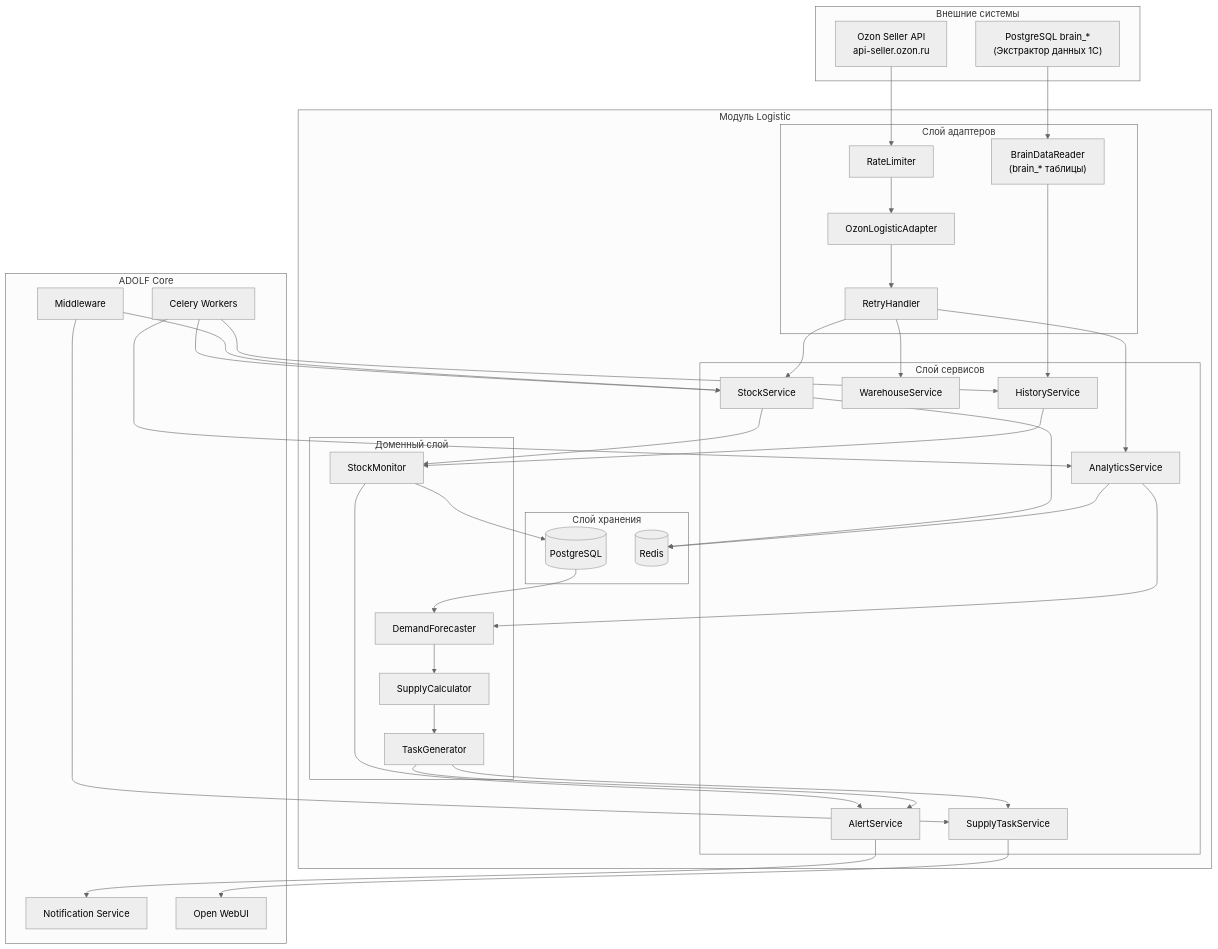
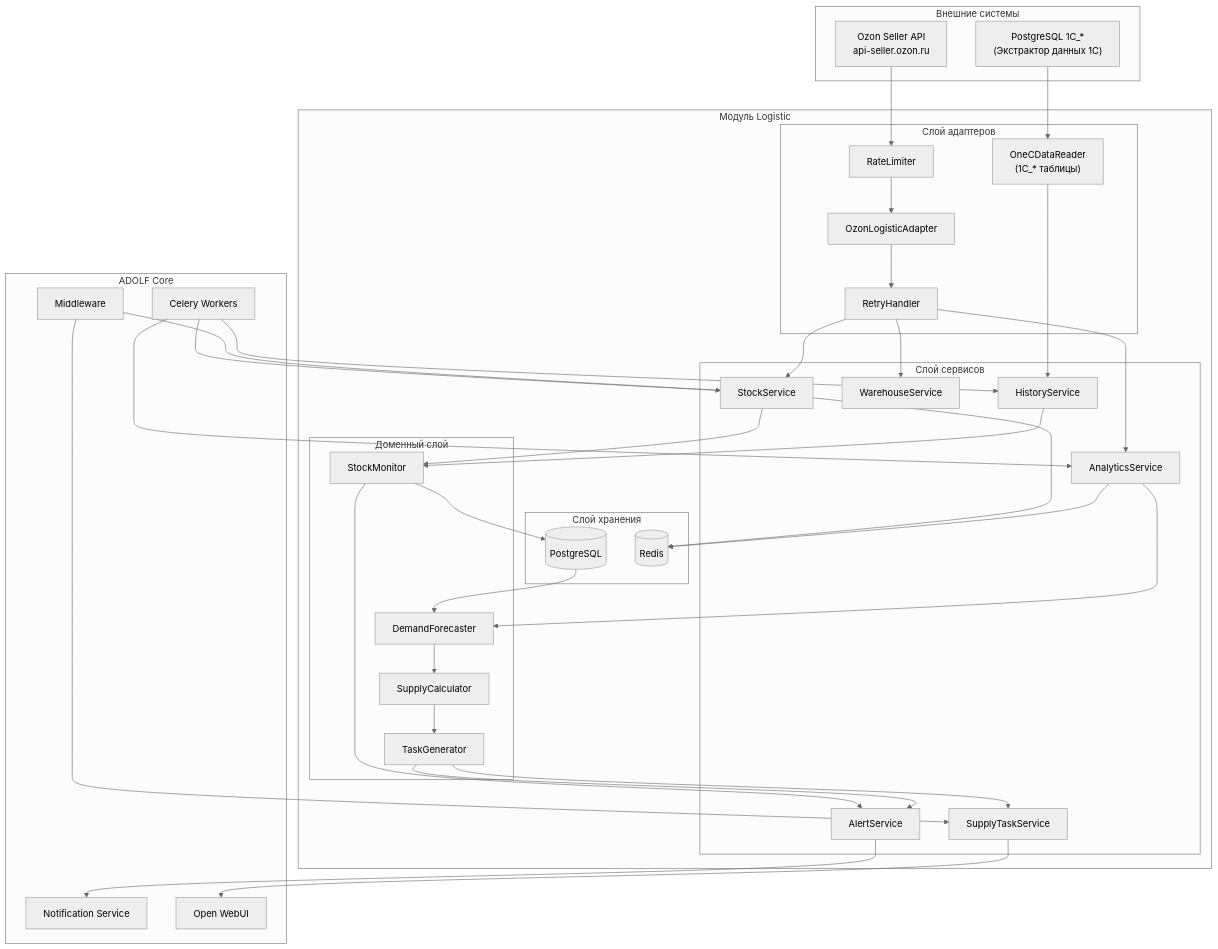
Before and after one commit to Sign25/Docs: the first of 11 diagrams in logistic/adolf_logistic_1_architecture.md, drawn with Mermaid (neutral theme). The commit also changed other lines of this file, not shown here.

Commit message:
refactor(logistic): rename brain_* -> 1C_*, update A1 links to 1cexport

````diff
--- a/logistic/adolf_logistic_1_architecture.md
+++ b/logistic/adolf_logistic_1_architecture.md
@@ -29,72 +29,72 @@
 ```mermaid
 graph TB
     subgraph EXTERNAL["Внешние системы"]
         OZON_API["Ozon Seller API<br/>api-seller.ozon.ru"]
-        BRAIN_DB["PostgreSQL brain_*<br/>(Экстрактор данных 1С)"]
+        ONEC_DB["PostgreSQL 1C_*<br/>(Экстрактор данных 1С)"]
     end
     
     subgraph LOGISTIC["Модуль Logistic"]
         subgraph ADAPTERS["Слой адаптеров"]
             OZON_ADAPTER["OzonLogisticAdapter"]
-            BRAIN_READER["BrainDataReader<br/>(brain_* таблицы)"]
+            ONEC_READER["OneCDataReader<br/>(1C_* таблицы)"]
             RATE_LIMITER["RateLimiter"]
             RETRY["RetryHandler"]
         end
         
         subgraph SERVICES["Слой сервисов"]
             STOCK_SVC["StockService"]
             ANALYTICS_SVC["AnalyticsService"]
             WAREHOUSE_SVC["WarehouseService"]
             SUPPLY_TASK_SVC["SupplyTaskService"]
             ALERT_SVC["AlertService"]
             IMPORT_SVC["HistoryService"]
         end
         
         subgraph DOMAIN["Доменный слой"]
             STOCK_MON["StockMonitor"]
             DEMAND_FORECAST["DemandForecaster"]
             SUPPLY_CALC["SupplyCalculator"]
             TASK_GEN["TaskGenerator"]
         end
         
         subgraph STORAGE["Слой хранения"]
             PG[(PostgreSQL)]
             REDIS[(Redis)]
         end
     end
     
     subgraph CORE["ADOLF Core"]
         CELERY["Celery Workers"]
         NOTIFY["Notification Service"]
         OWUI["Open WebUI"]
         MW["Middleware"]
     end
     
     OZON_API --> RATE_LIMITER
     RATE_LIMITER --> OZON_ADAPTER
     OZON_ADAPTER --> RETRY
     RETRY --> STOCK_SVC & ANALYTICS_SVC & WAREHOUSE_SVC
     
-    BRAIN_DB --> BRAIN_READER --> IMPORT_SVC
+    ONEC_DB --> ONEC_READER --> IMPORT_SVC
     
     STOCK_SVC --> STOCK_MON
     ANALYTICS_SVC --> DEMAND_FORECAST
     IMPORT_SVC --> STOCK_MON
     
     STOCK_MON --> PG
     PG --> DEMAND_FORECAST
     DEMAND_FORECAST --> SUPPLY_CALC
     SUPPLY_CALC --> TASK_GEN
     TASK_GEN --> SUPPLY_TASK_SVC
     
     STOCK_MON --> ALERT_SVC
     TASK_GEN --> ALERT_SVC
     
     ALERT_SVC --> NOTIFY
     SUPPLY_TASK_SVC --> OWUI
     
     CELERY --> STOCK_SVC & ANALYTICS_SVC & IMPORT_SVC
     MW --> STOCK_SVC & SUPPLY_TASK_SVC
     
     STOCK_SVC & ANALYTICS_SVC --> REDIS
 ```
````
